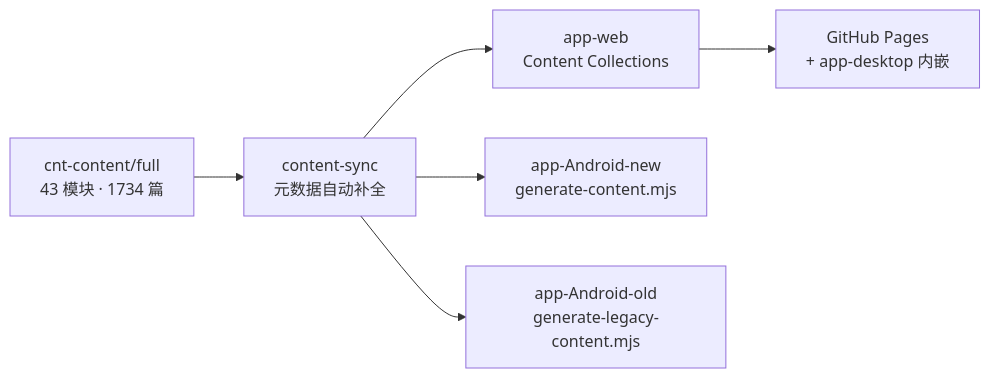
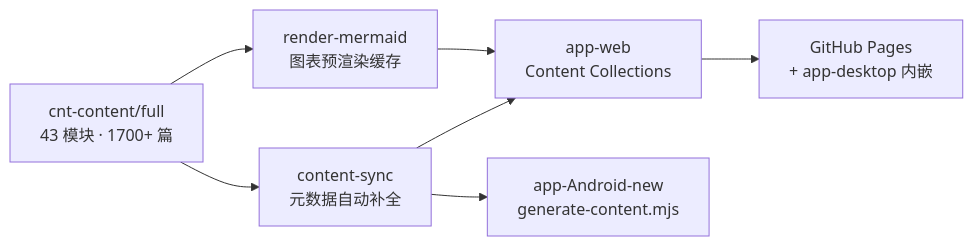
The diagram in README.md (fanquanpp/FANDEX), drawn with Mermaid before and after one commit. The commit also changed other lines of this file and 2 other files, not shown here.

````diff
--- a/README.md
+++ b/README.md
@@ -136,8 +65,8 @@
 ```mermaid
 flowchart LR
-    A["cnt-content/full\n43 模块 · 1734 篇"] --> B["content-sync\n元数据自动补全"]
-    B --> C["app-web\nContent Collections"]
-    B --> D["app-Android-new\ngenerate-content.mjs"]
-    B --> E["app-Android-old\ngenerate-legacy-content.mjs"]
-    C --> F["GitHub Pages\n+ app-desktop 内嵌"]
+    A["cnt-content/full<br/>43 模块 · 1700+ 篇"] --> B["content-sync<br/>元数据自动补全"]
+    B --> C["app-web<br/>Content Collections"]
+    B --> D["app-Android-new<br/>generate-content.mjs"]
+    C --> E["GitHub Pages<br/>+ app-desktop 内嵌"]
+    A --> F["render-mermaid<br/>图表预渲染缓存"] --> C
 ```
````
